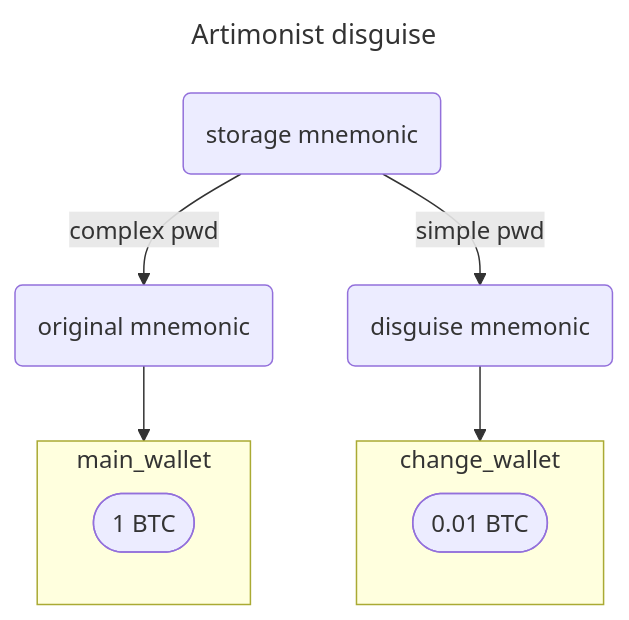
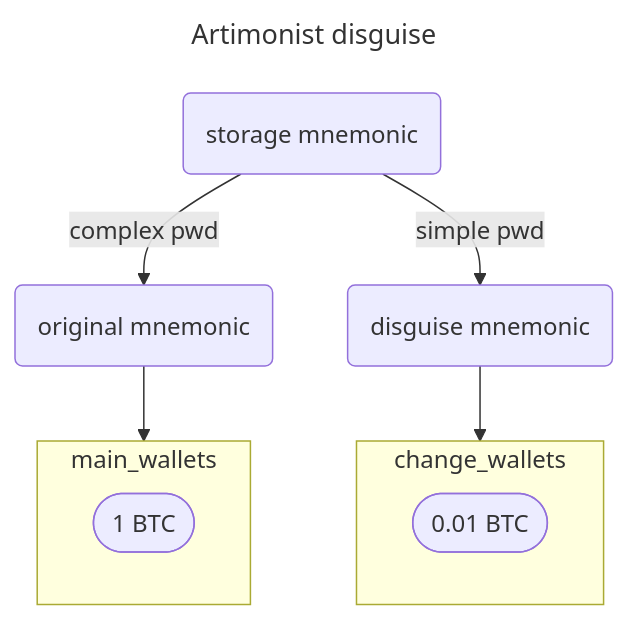
Before and after one commit to artimonist/bitguise: the diagram in README.md, drawn with Mermaid. The commit also changed other lines of this file and 3 other files, not shown here.

Commit message:
add mnemonic encrypt flowchart

````diff
--- a/README.md
+++ b/README.md
@@ -4,22 +4,22 @@
 ```mermaid
 ---
 title: Artimonist disguise
 ---
 flowchart TD
     X(original mnemonic)
     Y(storage mnemonic)
     Z(disguise mnemonic)
 
     Y -->|complex pwd| X
     Y -->|simple pwd| Z
-    X --> main_wallet
-    Z --> change_wallet
+    X --> main_wallets
+    Z --> change_wallets
 
-    subgraph main_wallet
+    subgraph main_wallets
       W1([1 BTC])
     end
 
-    subgraph change_wallet
+    subgraph change_wallets
       W2([0.01 BTC])
     end
 ```
````
